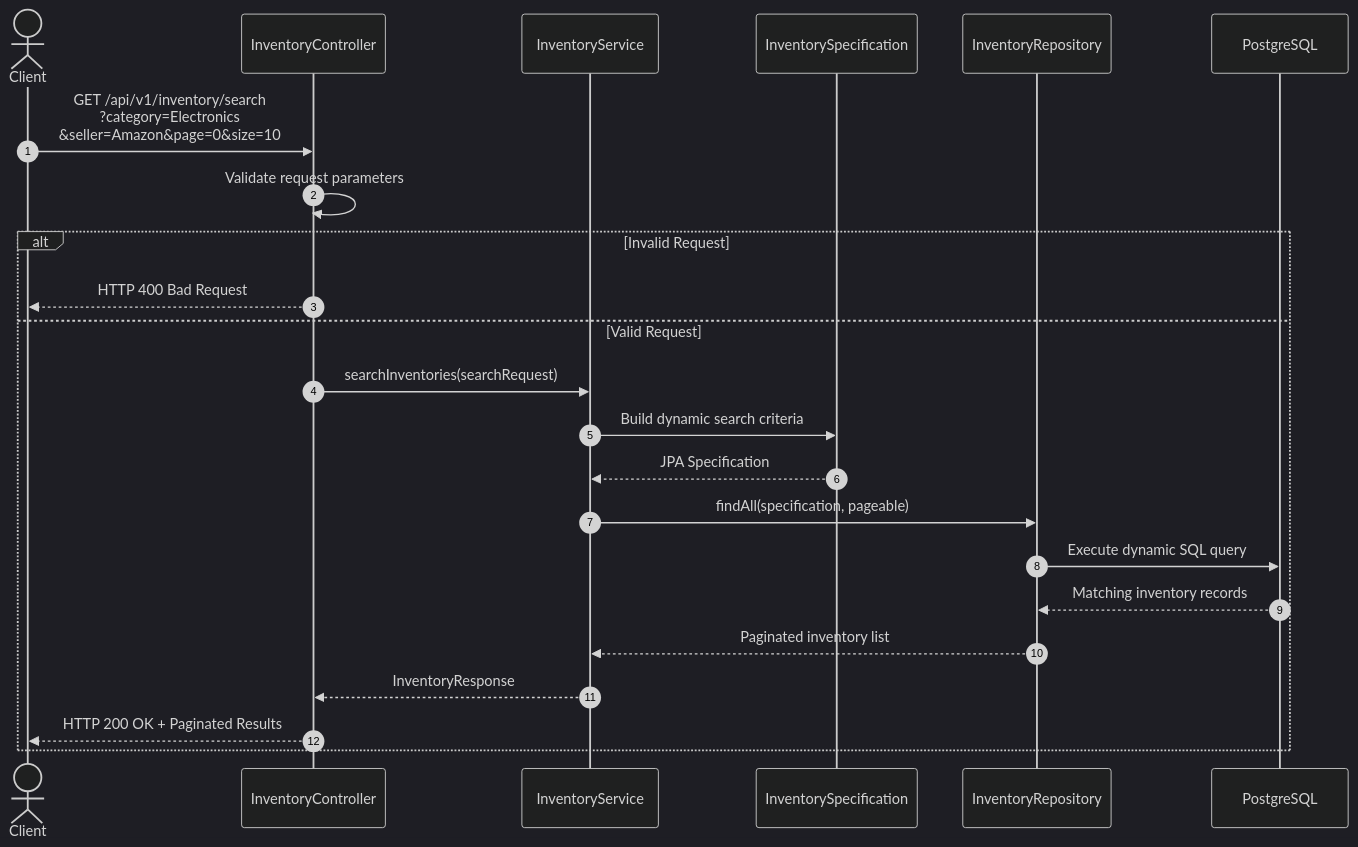
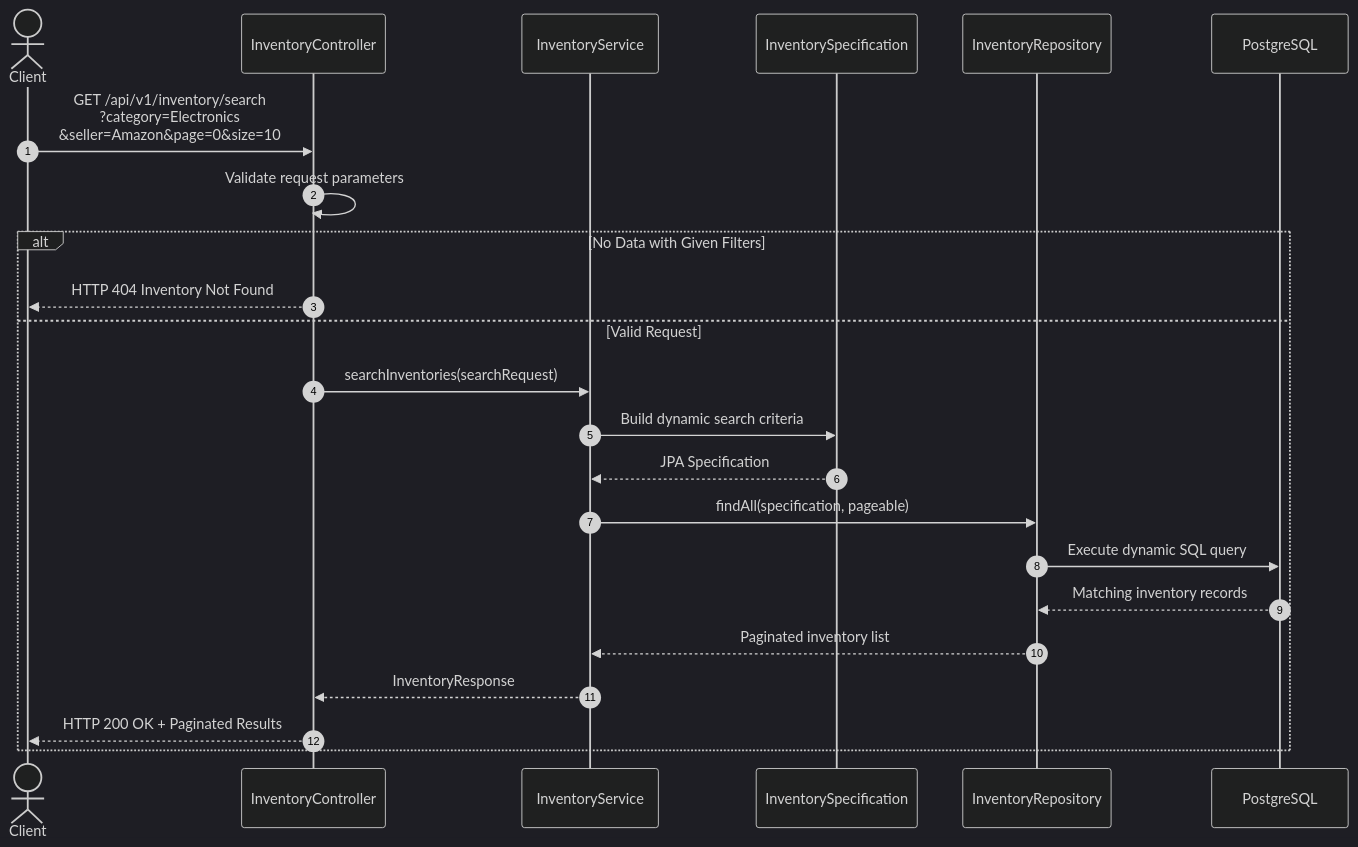
Before and after one commit to chaitanya-naralasetti-19/inventory-management-service: the first of 2 diagrams in README.md, drawn with Mermaid (dark theme).

````diff
--- a/README.md
+++ b/README.md
@@ -18,37 +18,37 @@
 ```mermaid
 sequenceDiagram
     autonumber
 
     actor Client
     participant Controller as InventoryController
     participant Service as InventoryService
     participant Spec as InventorySpecification
     participant Repo as InventoryRepository
     participant DB as PostgreSQL
 
     Client->>Controller: GET /api/v1/inventory/search<br/>?category=Electronics<br/>&seller=Amazon&page=0&size=10
 
     Controller->>Controller: Validate request parameters
 
-    alt Invalid Request
-        Controller-->>Client: HTTP 400 Bad Request
+    alt No Data with Given Filters
+        Controller-->>Client: HTTP 404 Inventory Not Found
     else Valid Request
         Controller->>Service: searchInventories(searchRequest)
 
         Service->>Spec: Build dynamic search criteria
 
         Spec-->>Service: JPA Specification
 
         Service->>Repo: findAll(specification, pageable)
 
         Repo->>DB: Execute dynamic SQL query
 
         DB-->>Repo: Matching inventory records
 
         Repo-->>Service: Paginated inventory list
 
         Service-->>Controller: InventoryResponse
 
         Controller-->>Client: HTTP 200 OK + Paginated Results
     end
 ```
````
